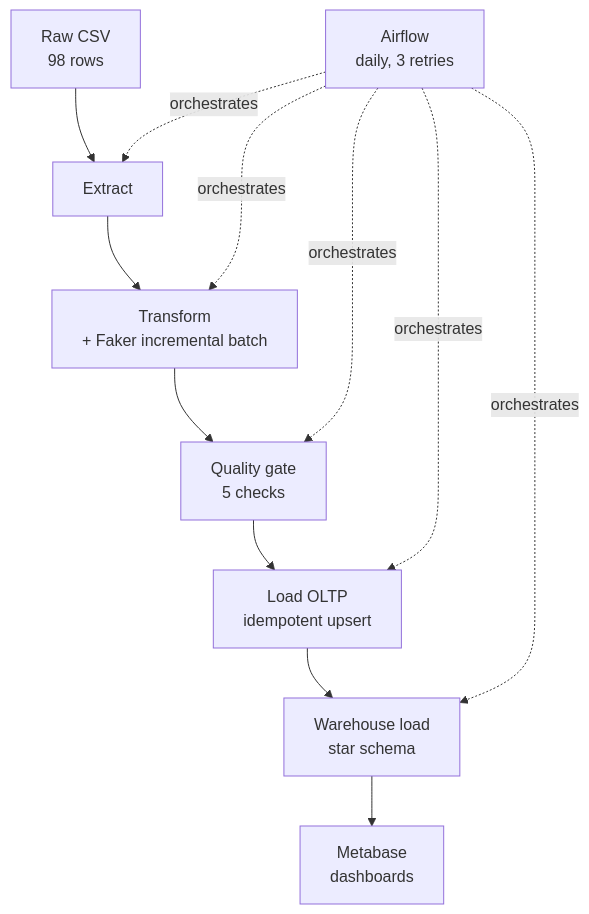
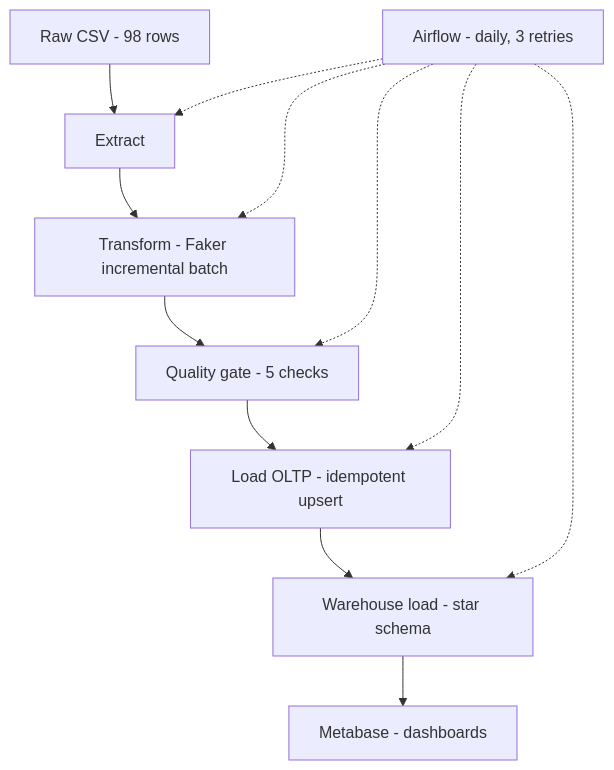
One commit to sthasamin2019/football-data-warehouse changed the diagram in README.md. Above: the diagram before and after it, drawn with Mermaid. The commit also changed other lines of this file, not shown here.

Commit message:
Simplify mermaid syntax for better GitHub compatibility

````diff
--- a/README.md
+++ b/README.md
@@ -22,14 +21,14 @@
 ```mermaid
 flowchart TD
-    A[Raw CSV<br/>98 rows] --> B[Extract]
-    B --> C[Transform<br/>+ Faker incremental batch]
-    C --> D[Quality gate<br/>5 checks]
-    D --> E[Load OLTP<br/>idempotent upsert]
-    E --> F[Warehouse load<br/>star schema]
-    F --> G[Metabase<br/>dashboards]
-    H[Airflow<br/>daily, 3 retries] -.orchestrates.-> B
-    H -.orchestrates.-> C
-    H -.orchestrates.-> D
-    H -.orchestrates.-> E
-    H -.orchestrates.-> F
+    A[Raw CSV - 98 rows] --> B[Extract]
+    B --> C[Transform - Faker incremental batch]
+    C --> D[Quality gate - 5 checks]
+    D --> E[Load OLTP - idempotent upsert]
+    E --> F[Warehouse load - star schema]
+    F --> G[Metabase - dashboards]
+    H[Airflow - daily, 3 retries] -.-> B
+    H -.-> C
+    H -.-> D
+    H -.-> E
+    H -.-> F
 ```
````
